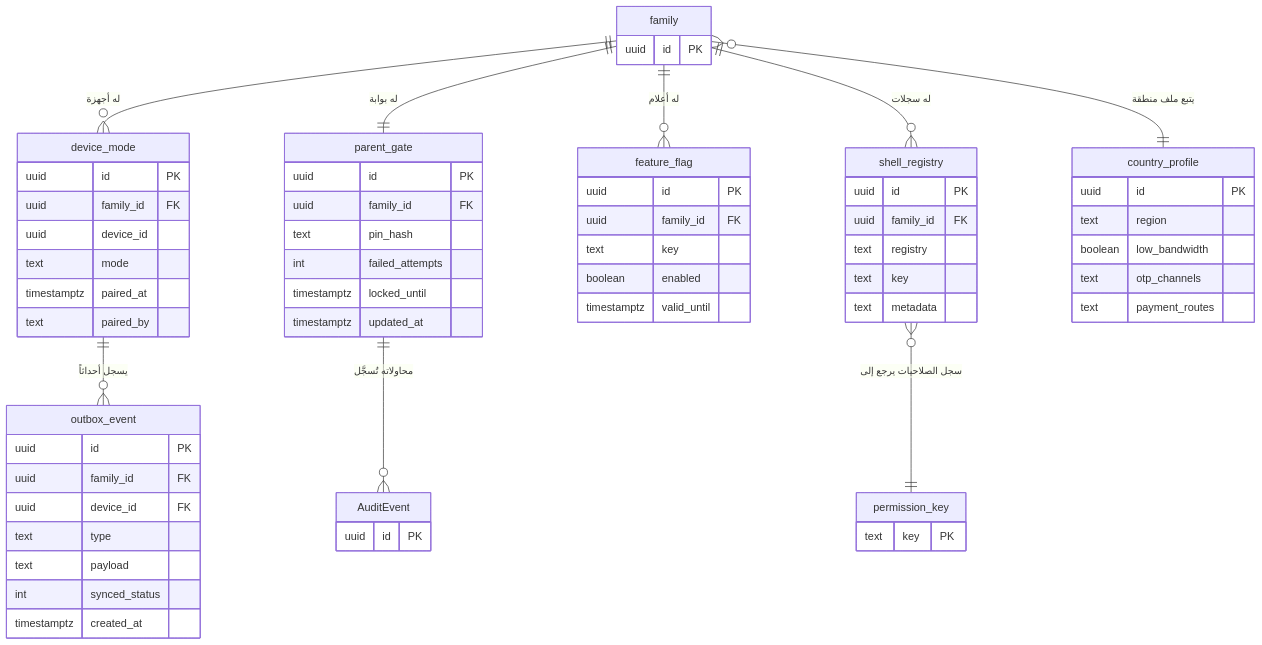
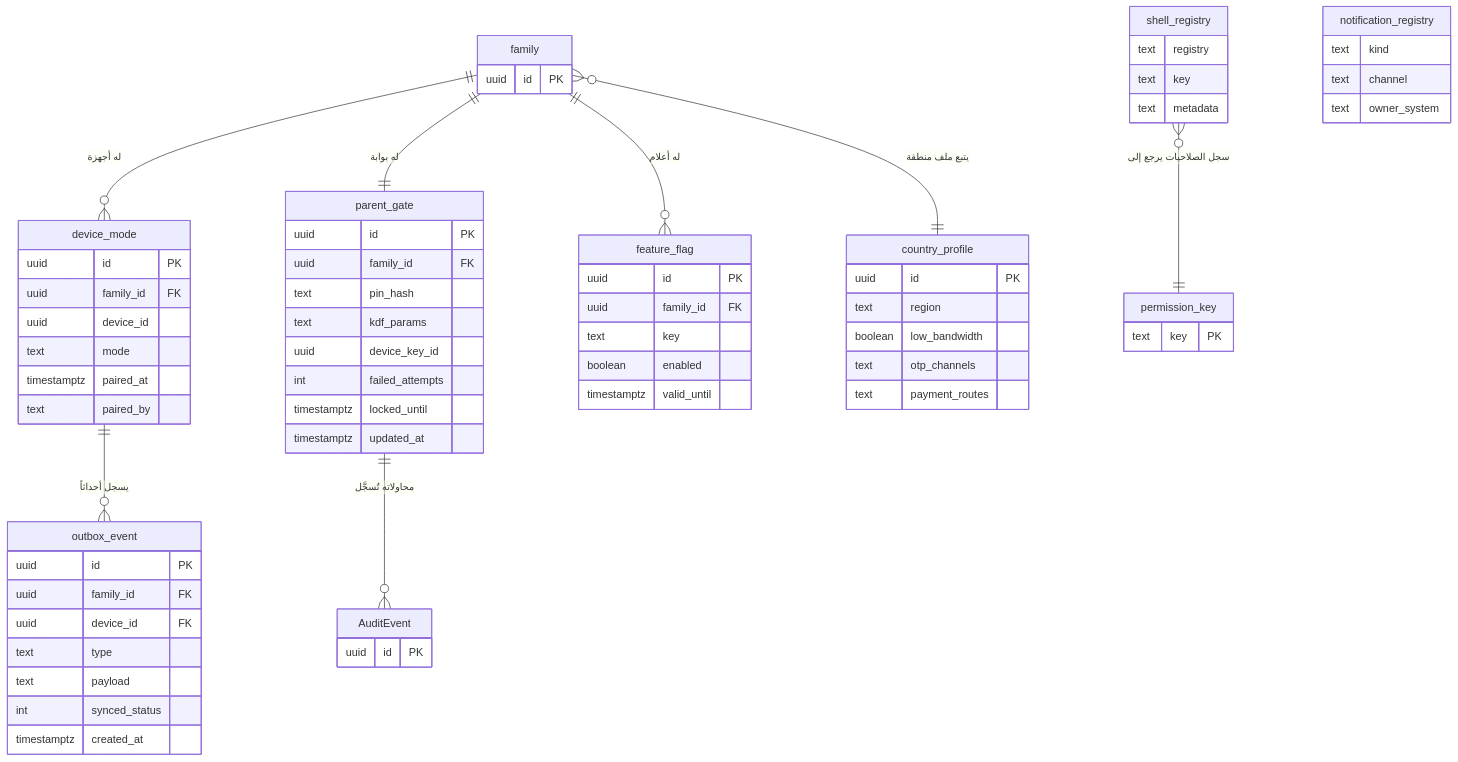
The second of 9 diagrams in docs/family-os/governance/phases/phase-1/S1-01-app-shell-and-platform/DIAGRAMS.md (Bassam-mohammed-alqaeadi/family-os-v2), drawn with Mermaid before and after one commit. The commit also changed other lines of this file and 11 other files, not shown here.

````diff
--- a/docs/family-os/governance/phases/phase-1/S1-01-app-shell-and-platform/DIAGRAMS.md
+++ b/docs/family-os/governance/phases/phase-1/S1-01-app-shell-and-platform/DIAGRAMS.md
@@ -66,67 +66,71 @@
 ```mermaid
 erDiagram
     family ||--o{ device_mode : "له أجهزة"
     family ||--|| parent_gate : "له بوابة"
     family ||--o{ feature_flag : "له أعلام"
-    family ||--o{ shell_registry : "له سجلات"
     family }o--|| country_profile : "يتبع ملف منطقة"
     device_mode ||--o{ outbox_event : "يسجل أحداثاً"
     parent_gate ||--o{ AuditEvent : "محاولاته تُسجَّل"
     shell_registry }o--|| permission_key : "سجل الصلاحيات يرجع إلى"
 
     device_mode {
         uuid id PK
         uuid family_id FK
         uuid device_id
         text mode
         timestamptz paired_at
         text paired_by
     }
     parent_gate {
         uuid id PK
         uuid family_id FK
         text pin_hash
+        text kdf_params
+        uuid device_key_id
         int failed_attempts
         timestamptz locked_until
         timestamptz updated_at
     }
     feature_flag {
         uuid id PK
         uuid family_id FK
         text key
         boolean enabled
         timestamptz valid_until
     }
     outbox_event {
         uuid id PK
         uuid family_id FK
         uuid device_id FK
         text type
         text payload
         int synced_status
         timestamptz created_at
     }
     country_profile {
         uuid id PK
         text region
         boolean low_bandwidth
         text otp_channels
         text payment_routes
     }
     shell_registry {
-        uuid id PK
-        uuid family_id FK
         text registry
         text key
         text metadata
+    }
+    notification_registry {
+        text kind
+        text channel
+        text owner_system
     }
     family {
         uuid id PK
     }
     permission_key {
         text key PK
     }
     AuditEvent {
         uuid id PK
     }
 ```
````
